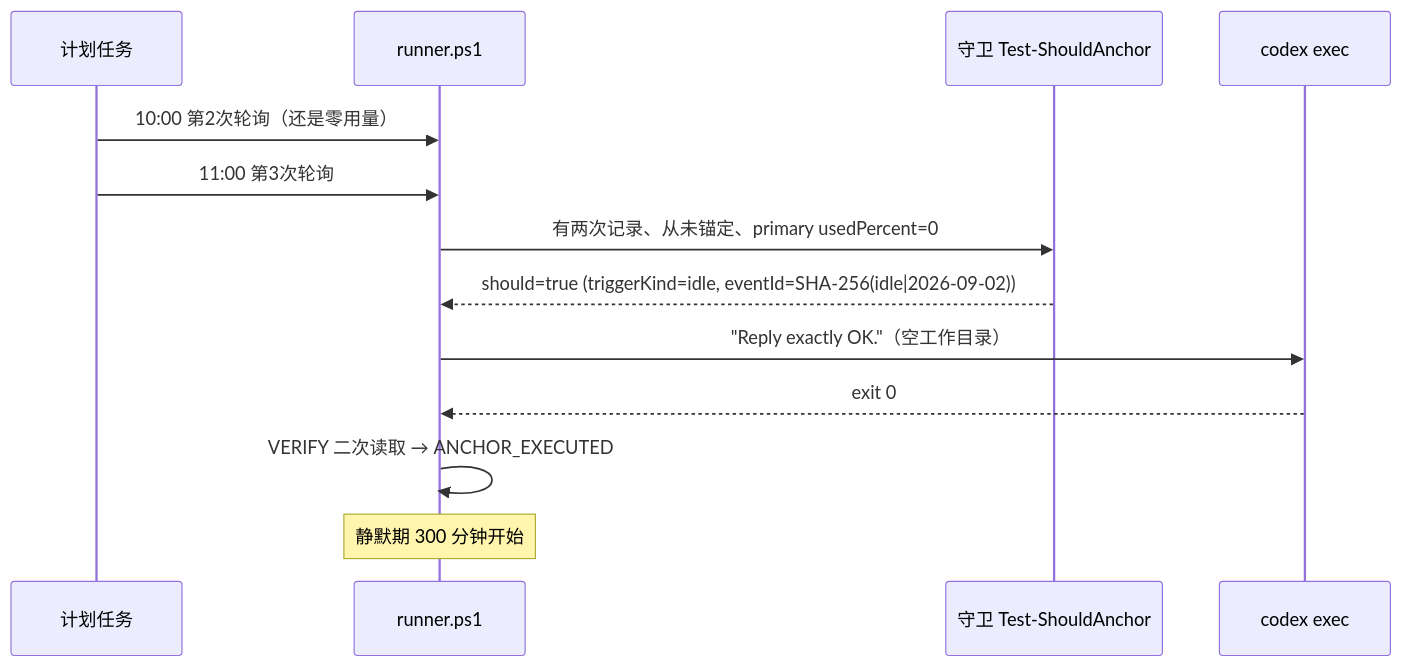
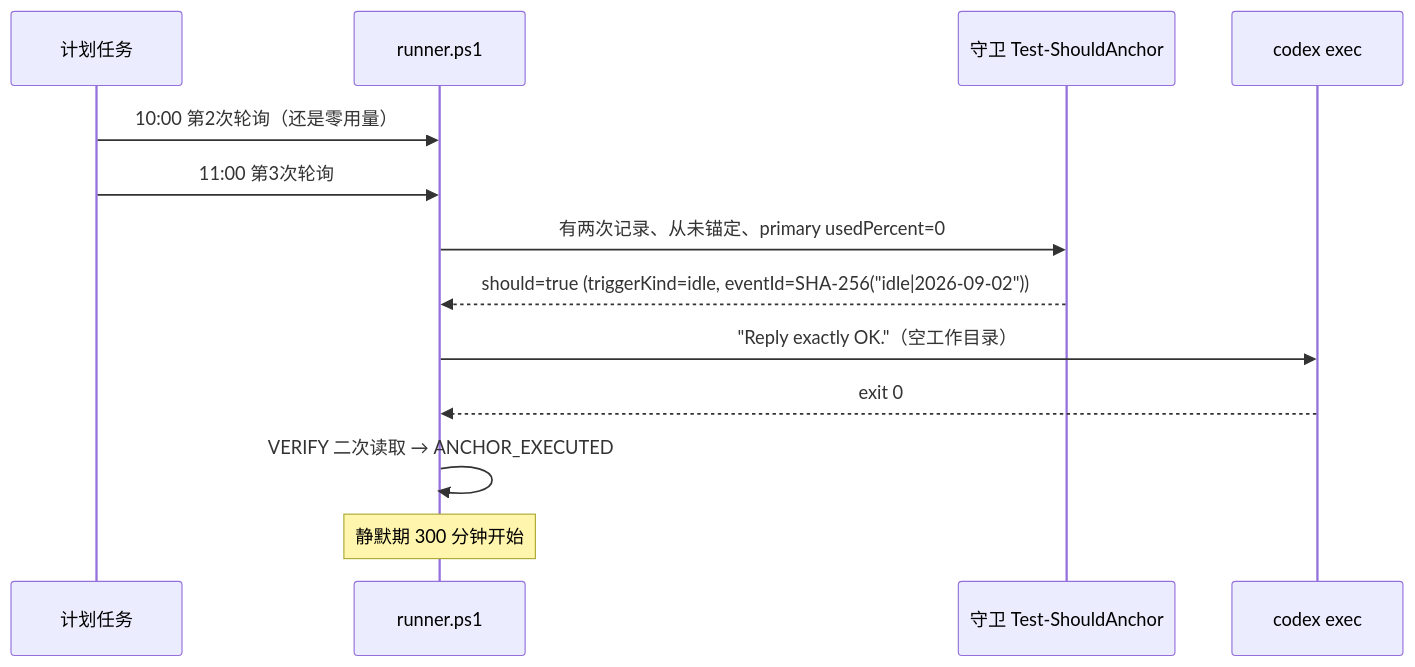
Before and after one commit to Super-YYQ/codex-Monitor: the third of 8 diagrams in docs/scenarios.md, drawn with Mermaid. The commit also changed other lines of this file, not shown here.

First line of the commit message:
docs: 修复 scenarios.md 中 4 处 Mermaid 渲染错误

````diff
--- a/docs/scenarios.md
+++ b/docs/scenarios.md
@@ -87,15 +87,15 @@
 ```mermaid
 sequenceDiagram
     participant T as 计划任务
     participant R as runner.ps1
     participant G as 守卫 Test-ShouldAnchor
     participant X as codex exec
     T->>R: 10:00 第2次轮询（还是零用量）
     T->>R: 11:00 第3次轮询
     R->>G: 有两次记录、从未锚定、primary usedPercent=0
-    G-->>R: should=true (triggerKind=idle, eventId=SHA-256(idle|2026-09-02))
+    G-->>R: should=true (triggerKind=idle, eventId=SHA-256("idle|2026-09-02"))
     R->>X: "Reply exactly OK."（空工作目录）
     X-->>R: exit 0
     R->>R: VERIFY 二次读取 → ANCHOR_EXECUTED
     Note over R: 静默期 300 分钟开始
 ```
````
